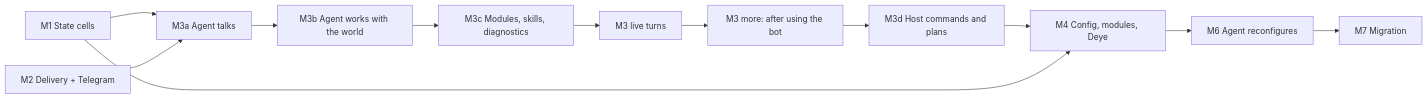
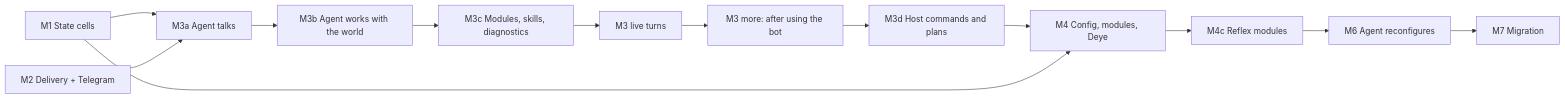
One commit to igorrius/ganglion changed the diagram in docs/plans/p1-all-in-one.md. Above: the diagram before and after it, drawn with Mermaid. The commit also changed other lines of this file and 9 other files, not shown here.

Commit message:
docs: M4b closed — modules built by the agent, cells as registers, Deye in Rust; M4c next

````diff
--- a/docs/plans/p1-all-in-one.md
+++ b/docs/plans/p1-all-in-one.md
@@ -93,14 +94,15 @@
 ```mermaid
 flowchart LR
     M1["M1 State cells"] --> M3["M3a Agent talks"]
     M2["M2 Delivery + Telegram"] --> M3
     M3 --> M3B["M3b Agent works with the world"]
     M3B --> M3C["M3c Modules, skills, diagnostics"]
     M3C --> M3L["M3 live turns"]
     M3L --> M3M["M3 more: after using the bot"]
     M3M --> M3D["M3d Host commands and plans"]
     M3D --> M4["M4 Config, modules, Deye"]
     M1 --> M4
-    M4 --> M6["M6 Agent reconfigures"]
+    M4 --> M4C["M4c Reflex modules"]
+    M4C --> M6["M6 Agent reconfigures"]
     M6 --> M7["M7 Migration"]
 ```
````
